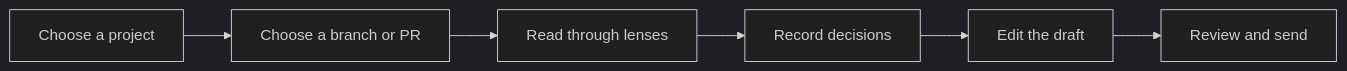
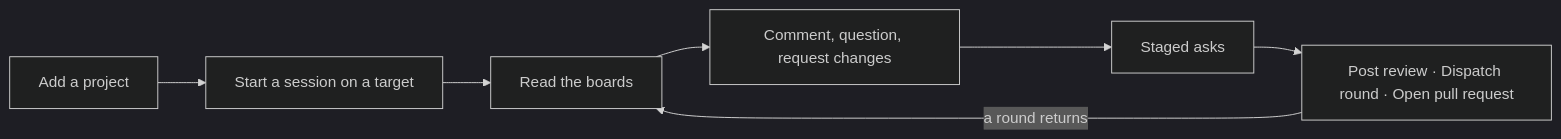
The first of 2 diagrams in docs/using/guides/getting-started.md (rbutera/Rennet), drawn with Mermaid (dark theme) before and after one commit. The commit also changed other lines of this file and 28 other files, not shown here.

````diff
--- a/docs/using/guides/getting-started.md
+++ b/docs/using/guides/getting-started.md
@@ -12,8 +13,9 @@
 ```mermaid
 flowchart LR
-  project[Choose a project] --> change[Choose a branch or PR]
-  change --> read[Read through lenses]
-  read --> decide[Record decisions]
-  decide --> draft[Edit the draft]
-  draft --> send[Review and send]
+  project[Add a project] --> session[Start a session on a target]
+  session --> boards[Read the boards]
+  boards --> raise[Comment, question, request changes]
+  raise --> asks[Staged asks]
+  asks --> exit[Post review · Dispatch round · Open pull request]
+  exit -->|a round returns| boards
 ```
````
